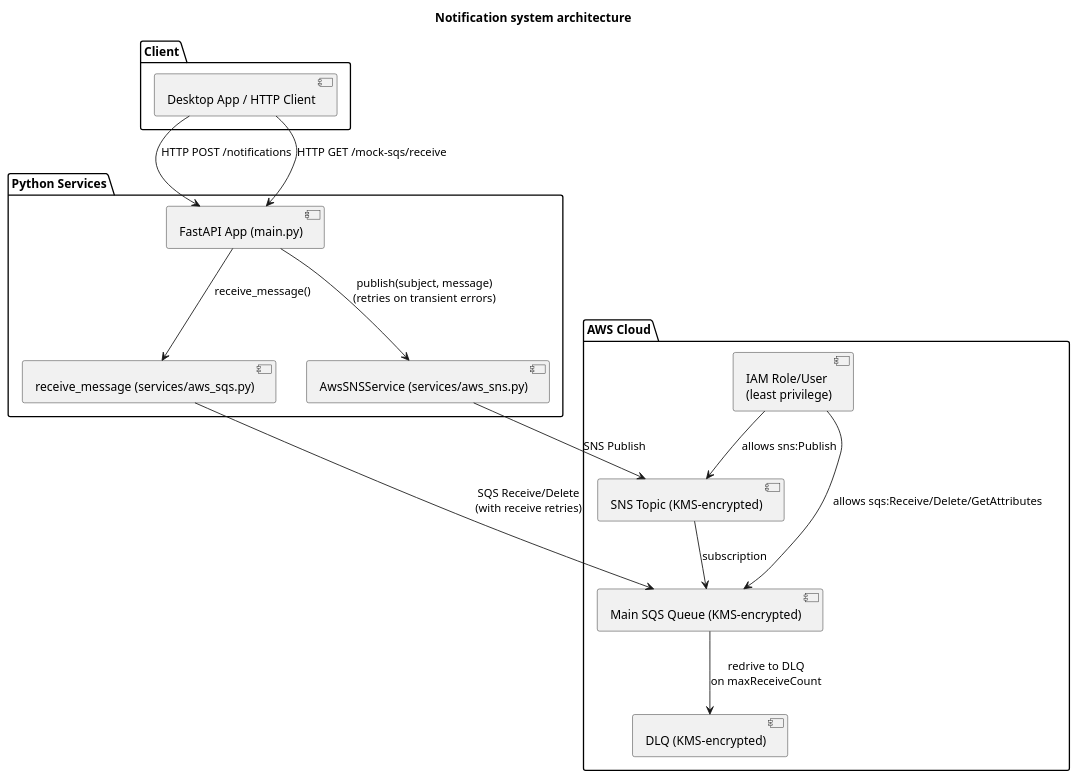
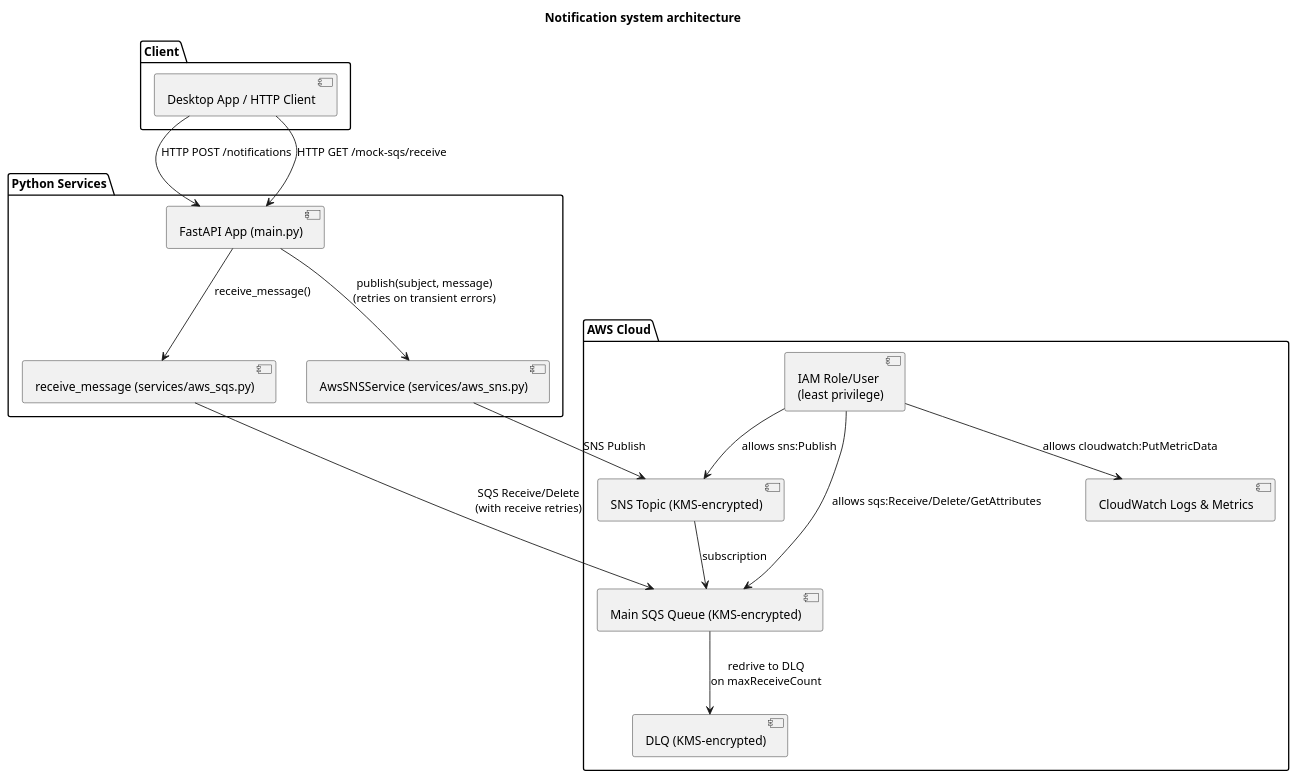
Before and after one commit to JuanPlazasEpam/sns-example: the diagram in diagrams/architecture.puml, drawn with PlantUML. The commit also changed 4 other files, not shown here.

```diff
--- a/diagrams/architecture.puml
+++ b/diagrams/architecture.puml
@@ -1,35 +1,37 @@
 @startuml NotificationSystemArchitecture
 title Notification system architecture
 
 package "Client" {
   [Desktop App / HTTP Client] as A
 }
 
 package "Python Services" {
   [FastAPI App (main.py)] as B
   [AwsSNSService (services/aws_sns.py)] as C
   [receive_message (services/aws_sqs.py)] as D
 }
 
 package "AWS Cloud" {
   [SNS Topic (KMS-encrypted)] as E
   [Main SQS Queue (KMS-encrypted)] as F
   [DLQ (KMS-encrypted)] as G
   [IAM Role/User\n(least privilege)] as H
+  [CloudWatch Logs & Metrics] as CW
 }
 
 A --> B : HTTP POST /notifications
 B --> C : publish(subject, message)\n(retries on transient errors)
 C --> E : SNS Publish
 E --> F : subscription
 
 H --> E : allows sns:Publish
 H --> F : allows sqs:Receive/Delete/GetAttributes
+H --> CW : allows cloudwatch:PutMetricData
 
 A --> B : HTTP GET /mock-sqs/receive
 B --> D : receive_message()
 D --> F : SQS Receive/Delete\n(with receive retries)
 
 F --> G : redrive to DLQ\non maxReceiveCount
 
 @enduml
```
